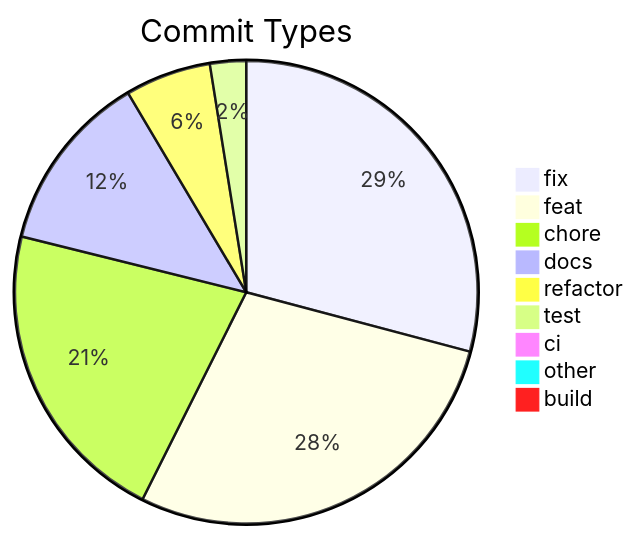
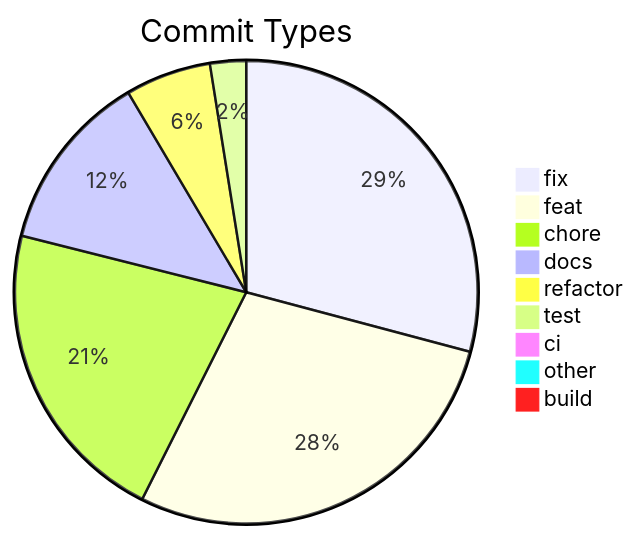
The diagram in .shipwright/compliance/change-history.md (svenroth-ai/shipwright), drawn with Mermaid before and after one commit. The commit also changed other lines of this file and 34 other files, not shown here.

````diff
--- a/.shipwright/compliance/change-history.md
+++ b/.shipwright/compliance/change-history.md
@@ -8,12 +8,12 @@
 ```mermaid
 pie title Commit Types
-    "fix" : 335
-    "feat" : 325
-    "chore" : 247
+    "fix" : 336
+    "feat" : 326
+    "chore" : 248
     "docs" : 145
     "refactor" : 69
     "test" : 29
     "ci" : 11
     "other" : 9
     "build" : 1
 ```
````
